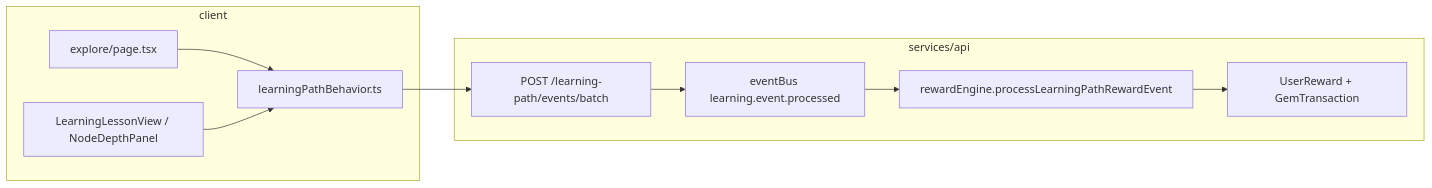
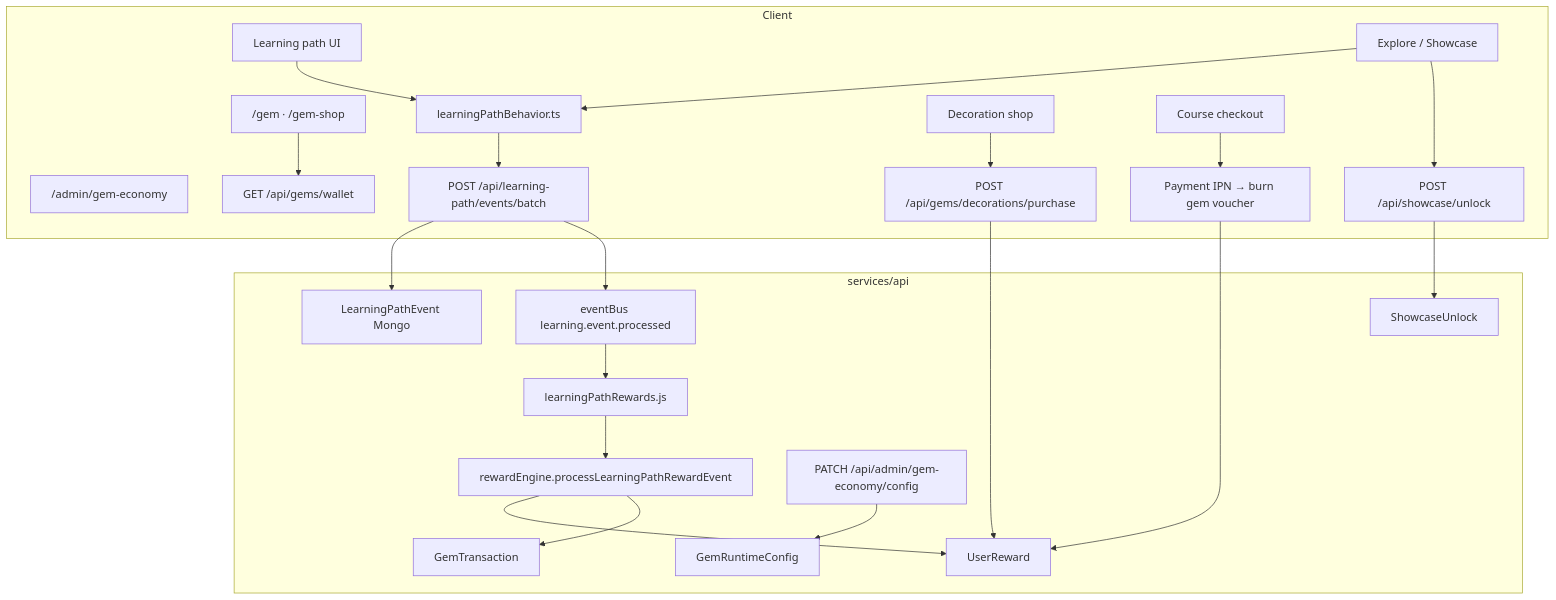
Before and after one commit to quangg1/ASTRO_EDU: the diagram in docs/plans/gem-rewards-system.md, drawn with Mermaid. The commit also changed other lines of this file and 297 other files, not shown here.

First line of the commit message:
feat: explore agent navigation, LLM multi-key fallback, cohort ops, and admin platform

````diff
--- a/docs/plans/gem-rewards-system.md
+++ b/docs/plans/gem-rewards-system.md
@@ -44,19 +34,29 @@
 ```mermaid
-flowchart LR
-  subgraph client [client]
-    BEH[learningPathBehavior.ts]
-    EXP[explore/page.tsx]
-    LP[LearningLessonView / NodeDepthPanel]
+flowchart TB
+  subgraph client [Client]
+    LP[Learning path UI]
+    EXP[Explore / Showcase]
+    GEM_UI["/gem · /gem-shop"]
+    ADM["/admin/gem-economy"]
+    LP --> BEH[learningPathBehavior.ts]
+    EXP --> BEH
+    BEH --> BATCH[POST /api/learning-path/events/batch]
+    GEM_UI --> WALLET_API[GET /api/gems/wallet]
+    EXP --> UNLOCK_API[POST /api/showcase/unlock]
+    GEM_SHOP[Decoration shop] --> DEC_API[POST /api/gems/decorations/purchase]
+    CHECKOUT[Course checkout] --> PAY[Payment IPN → burn gem voucher]
   end
 
   subgraph api [services/api]
-    BATCH[POST /learning-path/events/batch]
-    BUS[eventBus learning.event.processed]
-    RE[rewardEngine.processLearningPathRewardEvent]
-    WALLET[UserReward + GemTransaction]
+    BATCH --> LPE[LearningPathEvent Mongo]
+    BATCH --> BUS[eventBus learning.event.processed]
+    BUS --> SUB[learningPathRewards.js]
+    SUB --> RE[rewardEngine.processLearningPathRewardEvent]
+    RE --> UR[UserReward]
+    RE --> GT[GemTransaction]
+    UNLOCK_API --> SU[ShowcaseUnlock]
+    DEC_API --> UR
+    PAY --> UR
+    ADM_API[PATCH /api/admin/gem-economy/config] --> GRC[GemRuntimeConfig]
   end
-
-  BEH --> BATCH --> BUS --> RE --> WALLET
-  EXP --> BEH
-  LP --> BEH
 ```
````
